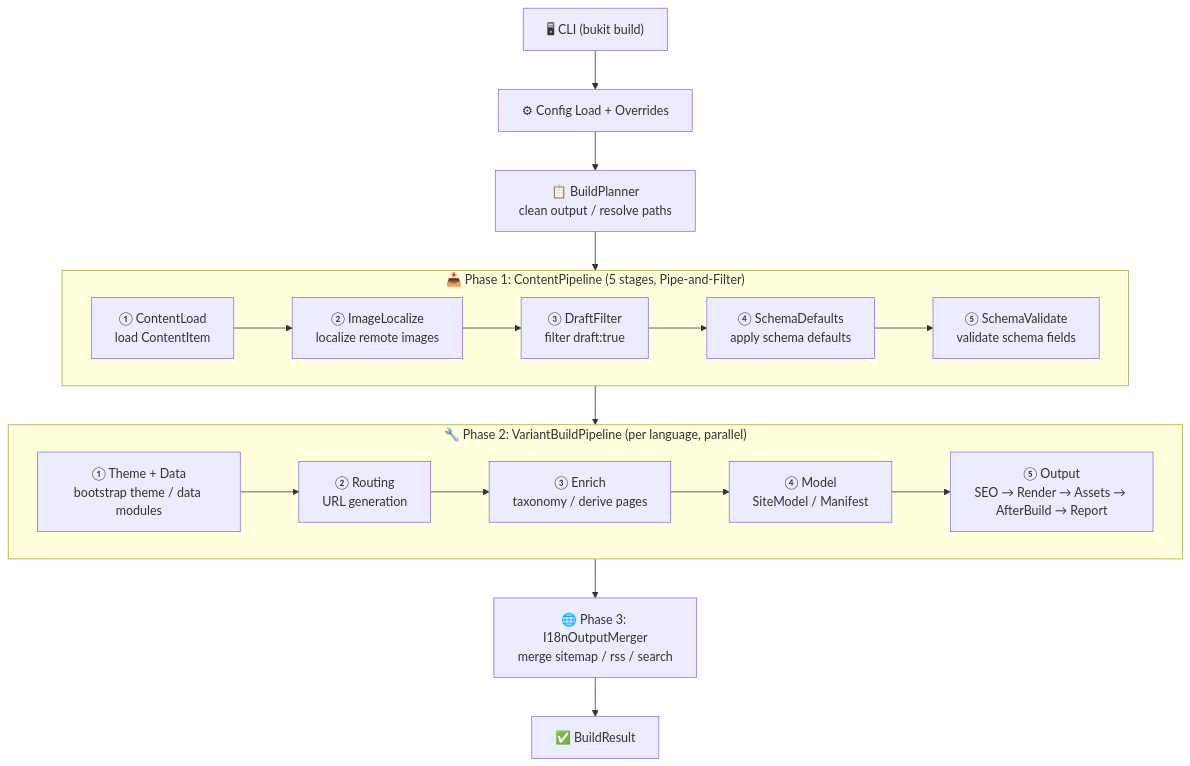
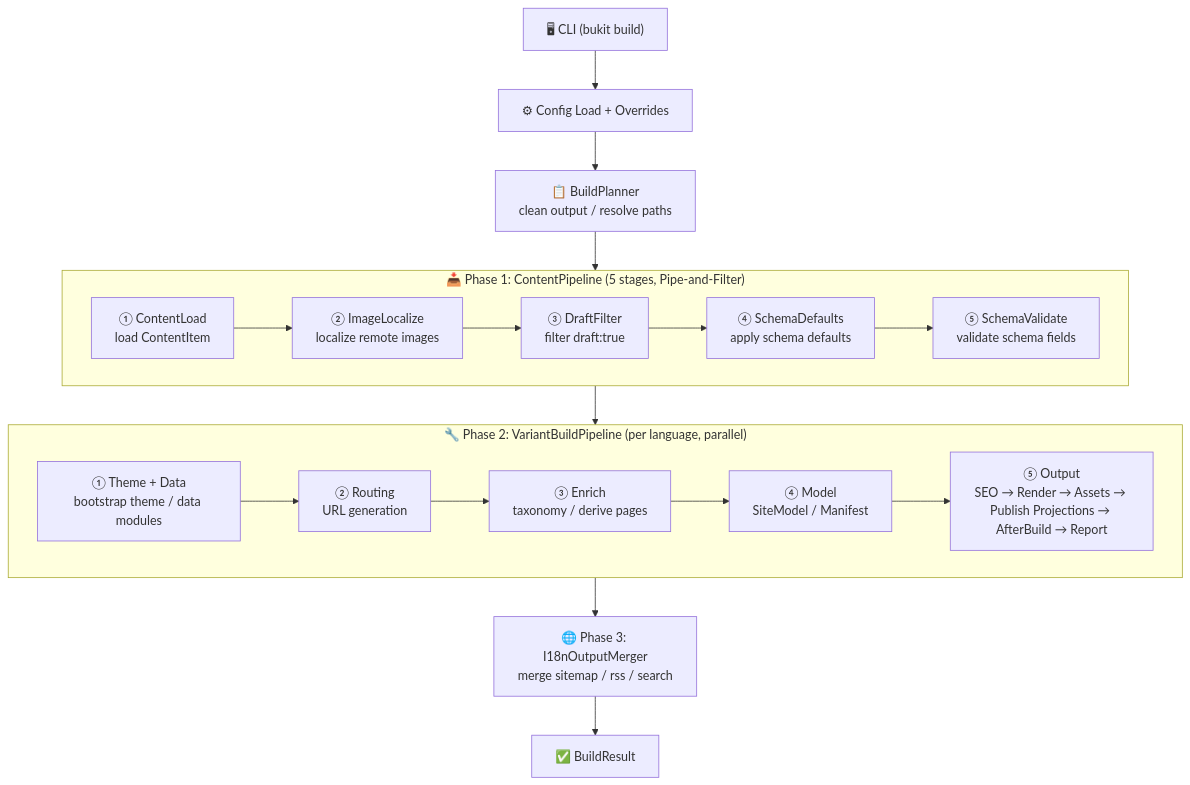
The diagram in guide/dev/architecture.md (ALi365-SDN-BHD/Bukit), drawn with Mermaid before and after one commit. The commit also changed other lines of this file and 71 other files, not shown here.

````diff
--- a/guide/dev/architecture.md
+++ b/guide/dev/architecture.md
@@ -7,23 +7,23 @@
 ```mermaid
 flowchart TD
     CLI["🖥 CLI (bukit build)"] --> CFG["⚙ Config Load + Overrides"]
     CFG --> P0["📋 BuildPlanner<br/>clean output / resolve paths"]
 
     subgraph P1["📥 Phase 1: ContentPipeline (5 stages, Pipe-and-Filter)"]
         direction LR
         C1["① ContentLoad<br/>load ContentItem"] --> C2["② ImageLocalize<br/>localize remote images"] --> C3["③ DraftFilter<br/>filter draft:true"] --> C4["④ SchemaDefaults<br/>apply schema defaults"] --> C5["⑤ SchemaValidate<br/>validate schema fields"]
     end
 
     P0 --> C1
 
     subgraph P2["🔧 Phase 2: VariantBuildPipeline (per language, parallel)"]
         direction LR
-        G1["① Theme + Data<br/>bootstrap theme / data modules"] --> G2["② Routing<br/>URL generation"] --> G3["③ Enrich<br/>taxonomy / derive pages"] --> G4["④ Model<br/>SiteModel / Manifest"] --> G5["⑤ Output<br/>SEO → Render → Assets → AfterBuild → Report"]
+        G1["① Theme + Data<br/>bootstrap theme / data modules"] --> G2["② Routing<br/>URL generation"] --> G3["③ Enrich<br/>taxonomy / derive pages"] --> G4["④ Model<br/>SiteModel / Manifest"] --> G5["⑤ Output<br/>SEO → Render → Assets → Publish Projections → AfterBuild → Report"]
     end
 
     C5 --> G1
 
     P3["🌐 Phase 3: I18nOutputMerger<br/>merge sitemap / rss / search"]
     G5 --> P3
     P3 --> RESULT["✅ BuildResult"]
 ```
````
